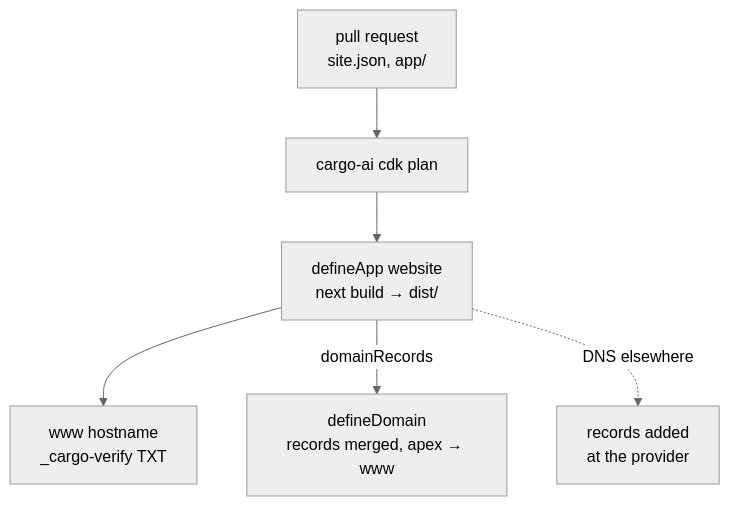
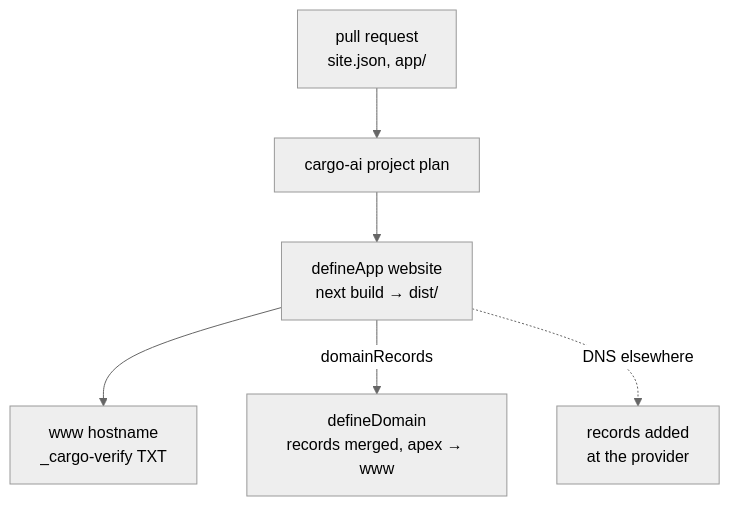
Before and after one commit to getcargohq/gtm-skills: the diagram in website-building/README.md, drawn with Mermaid (neutral theme). The commit also changed other lines of this file and 174 other files, not shown here.

First line of the commit message:
Say "project" everywhere, and check cookbooks under cargo.json (#98)

````diff
--- a/website-building/README.md
+++ b/website-building/README.md
@@ -27,8 +27,8 @@
 ```mermaid
 flowchart TD
-    pr["pull request<br/>site.json, app/"] --> plan["cargo-ai cdk plan"]
+    pr["pull request<br/>site.json, app/"] --> plan["cargo-ai project plan"]
     plan --> app["defineApp website<br/>next build → dist/"]
     app --> host["www hostname<br/>_cargo-verify TXT"]
     app -->|"domainRecords"| domain["defineDomain<br/>records merged, apex → www"]
     app -.->|"DNS elsewhere"| provider["records added<br/>at the provider"]
 ```
````
